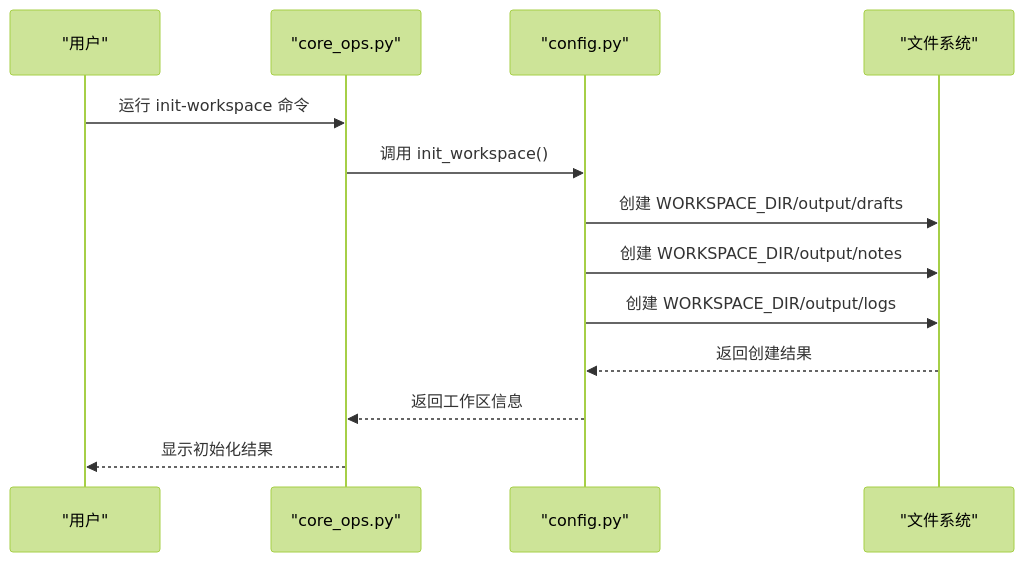
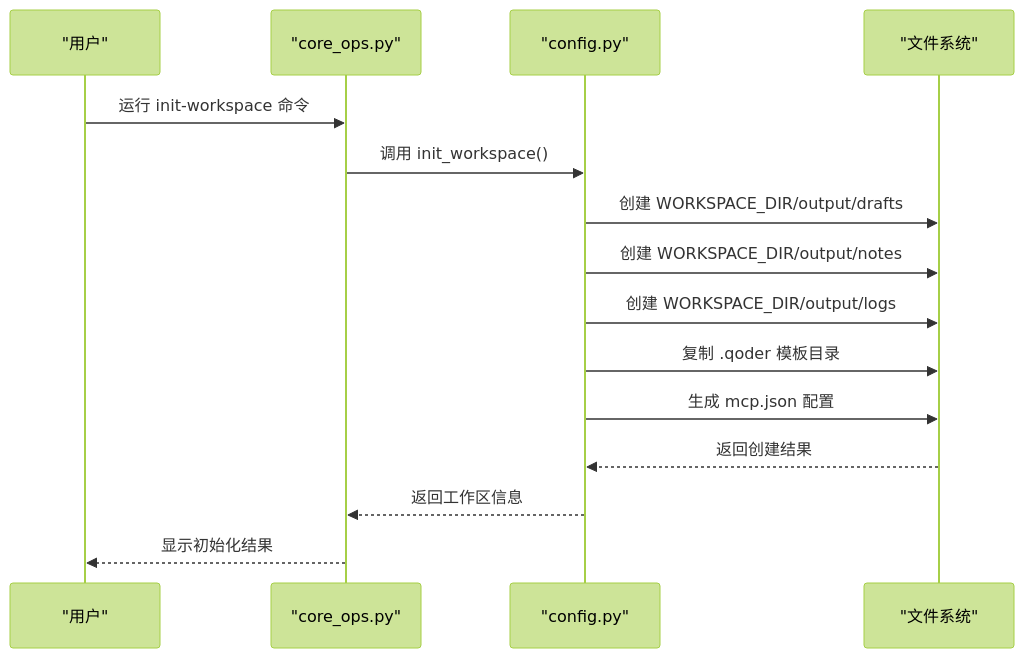
One commit to 1173591564/academic-based-qoder changed the fifth of 9 diagrams in .qoder/repowiki/zh/content/Python后端系统/配置管理系统.md. Above: the diagram before and after it, drawn with Mermaid (forest theme). The commit also changed other lines of this file and 80 other files, not shown here.

````diff
--- a/.qoder/repowiki/zh/content/Python后端系统/配置管理系统.md
+++ b/.qoder/repowiki/zh/content/Python后端系统/配置管理系统.md
@@ -249,15 +280,17 @@
 ```mermaid
 sequenceDiagram
 participant User as "用户"
 participant CLI as "core_ops.py"
 participant Config as "config.py"
 participant FS as "文件系统"
 User->>CLI : 运行 init-workspace 命令
 CLI->>Config : 调用 init_workspace()
 Config->>FS : 创建 WORKSPACE_DIR/output/drafts
 Config->>FS : 创建 WORKSPACE_DIR/output/notes
 Config->>FS : 创建 WORKSPACE_DIR/output/logs
+Config->>FS : 复制 .qoder 模板目录
+Config->>FS : 生成 mcp.json 配置
 FS-->>Config : 返回创建结果
 Config-->>CLI : 返回工作区信息
 CLI-->>User : 显示初始化结果
 ```
````
